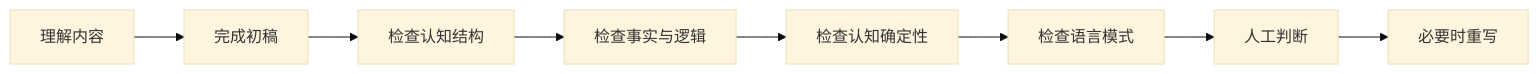
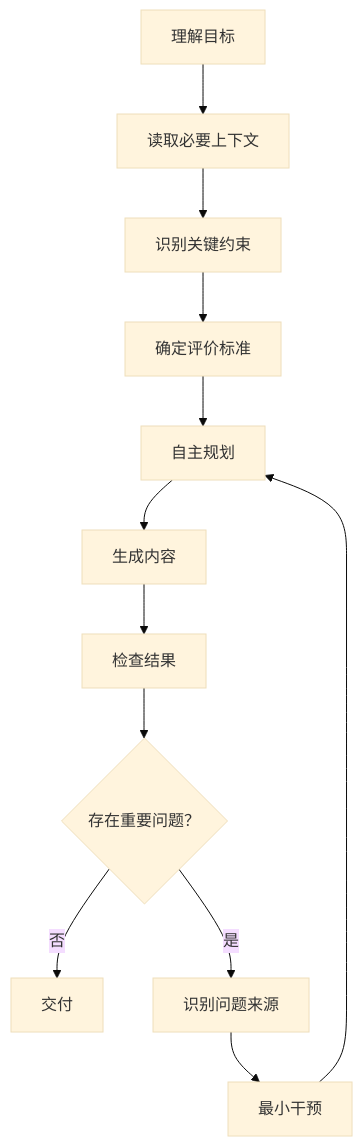
One commit to leapx-ai/Cognitive-Writing-Baseline-for-AI-Assisted-Writing changed the diagram in README.md. Above: the diagram before and after it, drawn with Mermaid (base theme). The commit also changed other lines of this file, not shown here.

````diff
--- a/README.md
+++ b/README.md
@@ -756,10 +949,14 @@
 ```mermaid
-flowchart LR
-    A["理解内容"] --> B["完成初稿"]
-    B --> C["检查认知结构"]
-    C --> D["检查事实与逻辑"]
-    D --> E["检查认知确定性"]
-    E --> F["检查语言模式"]
-    F --> G["人工判断"]
-    G --> H["必要时重写"]
+flowchart TD
+    A["理解目标"] --> B["读取必要上下文"]
+    B --> C["识别关键约束"]
+    C --> D["确定评价标准"]
+    D --> E["自主规划"]
+    E --> F["生成内容"]
+    F --> G["检查结果"]
+    G --> H{"存在重要问题？"}
+    H -->|否| I["交付"]
+    H -->|是| J["识别问题来源"]
+    J --> K["最小干预"]
+    K --> E
 ```
````
